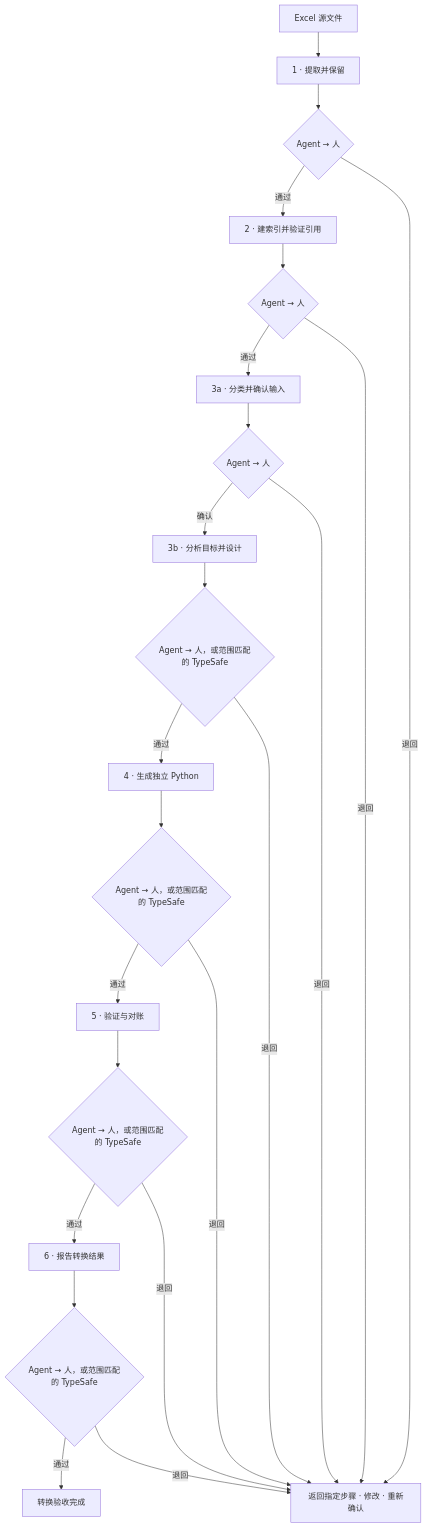
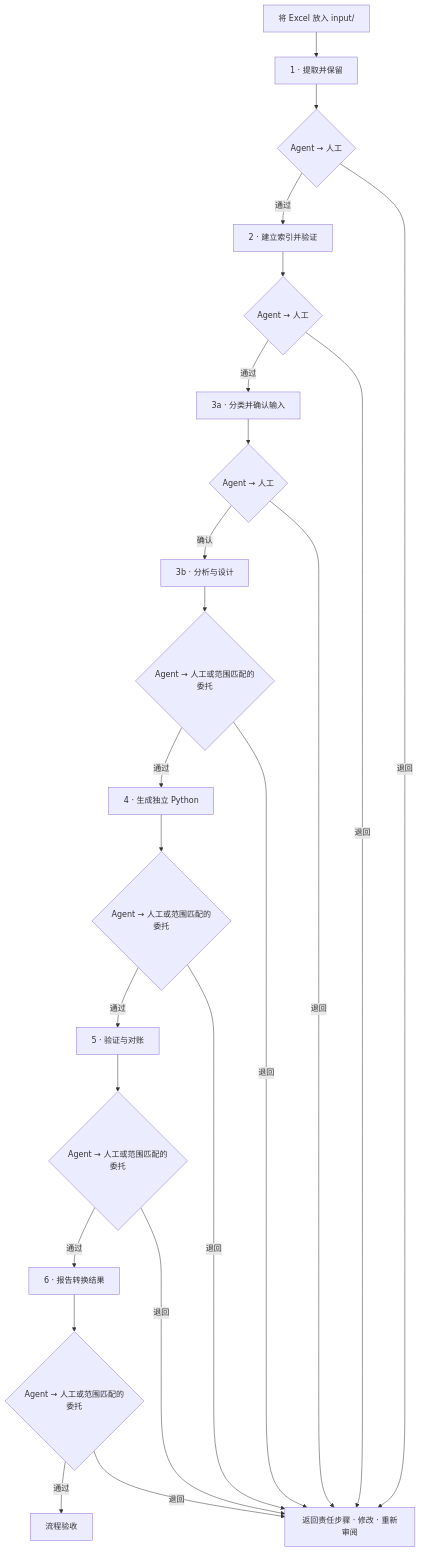
The diagram in README.zh-CN.md (ferryhe/excel_to_act), drawn with Mermaid before and after one commit. The commit also changed other lines of this file and 24 other files, not shown here.

````diff
--- a/README.zh-CN.md
+++ b/README.zh-CN.md
@@ -9,19 +9,19 @@
 ```mermaid
 flowchart TD
-    X[Excel 源文件] --> S1[1 · 提取并保留]
-    S1 --> A1{Agent → 人}
-    A1 -->|通过| S2[2 · 建索引并验证引用]
-    S2 --> A2{Agent → 人}
+    X[将 Excel 放入 input/] --> S1[1 · 提取并保留]
+    S1 --> A1{Agent → 人工}
+    A1 -->|通过| S2[2 · 建立索引并验证]
+    S2 --> A2{Agent → 人工}
     A2 -->|通过| S3I[3a · 分类并确认输入]
-    S3I --> A3I{Agent → 人}
-    A3I -->|确认| S3[3b · 分析目标并设计]
-    S3 --> A3{Agent → 人，或范围匹配的 TypeSafe}
+    S3I --> A3I{Agent → 人工}
+    A3I -->|确认| S3[3b · 分析与设计]
+    S3 --> A3{Agent → 人工或范围匹配的委托}
     A3 -->|通过| S4[4 · 生成独立 Python]
-    S4 --> A4{Agent → 人，或范围匹配的 TypeSafe}
+    S4 --> A4{Agent → 人工或范围匹配的委托}
     A4 -->|通过| S5[5 · 验证与对账]
-    S5 --> A5{Agent → 人，或范围匹配的 TypeSafe}
+    S5 --> A5{Agent → 人工或范围匹配的委托}
     A5 -->|通过| S6[6 · 报告转换结果]
-    S6 --> A6{Agent → 人，或范围匹配的 TypeSafe}
-    A6 -->|通过| D[转换验收完成]
-    A1 & A2 & A3I & A3 & A4 & A5 & A6 -->|退回| R[返回指定步骤 · 修改 · 重新确认]
+    S6 --> A6{Agent → 人工或范围匹配的委托}
+    A6 -->|通过| D[流程验收]
+    A1 & A2 & A3I & A3 & A4 & A5 & A6 -->|退回| R[返回责任步骤 · 修改 · 重新审阅]
 ```
````
